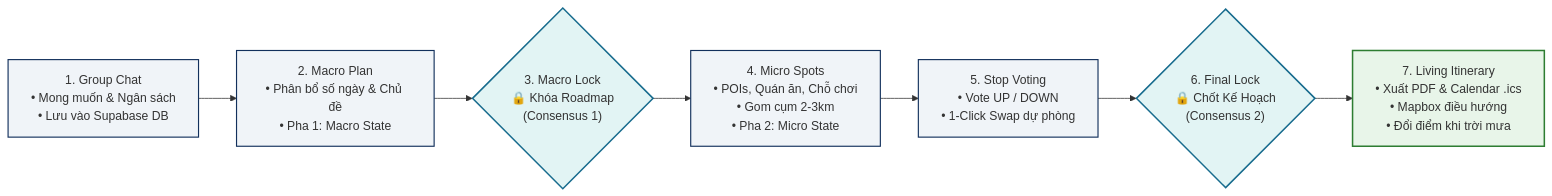
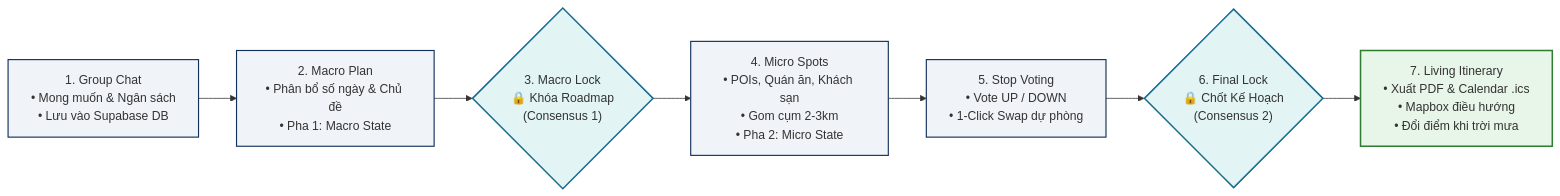
The first of 2 diagrams in docs/00-overview/project-overview.md (b4ck12/Group_Project), drawn with Mermaid before and after one commit. The commit also changed other lines of this file and 11 other files, not shown here.

````diff
--- a/docs/00-overview/project-overview.md
+++ b/docs/00-overview/project-overview.md
@@ -33,17 +33,17 @@
 ```mermaid
 flowchart LR
     S1["1. Group Chat<br/>• Mong muốn & Ngân sách<br/>• Lưu vào Supabase DB"] --> S2["2. Macro Plan<br/>• Phân bổ số ngày & Chủ đề<br/>• Pha 1: Macro State"]
     S2 --> S3{"3. Macro Lock<br/>🔒 Khóa Roadmap<br/>(Consensus 1)"}
-    S3 --> S4["4. Micro Spots<br/>• POIs, Quán ăn, Chỗ chơi<br/>• Gom cụm 2-3km<br/>• Pha 2: Micro State"]
+    S3 --> S4["4. Micro Spots<br/>• POIs, Quán ăn, Khách sạn<br/>• Gom cụm 2-3km<br/>• Pha 2: Micro State"]
     S4 --> S5["5. Stop Voting<br/>• Vote UP / DOWN<br/>• 1-Click Swap dự phòng"]
     S5 --> S6{"6. Final Lock<br/>🔒 Chốt Kế Hoạch<br/>(Consensus 2)"}
     S6 --> S7["7. Living Itinerary<br/>• Xuất PDF & Calendar .ics<br/>• Mapbox điều hướng<br/>• Đổi điểm khi trời mưa"]
 
     style S1 fill:#f0f4f8,stroke:#12305c,stroke-width:1.5px;
     style S2 fill:#f0f4f8,stroke:#12305c,stroke-width:1.5px;
     style S3 fill:#e2f4f4,stroke:#186c8e,stroke-width:2px;
     style S4 fill:#f0f4f8,stroke:#12305c,stroke-width:1.5px;
     style S5 fill:#f0f4f8,stroke:#12305c,stroke-width:1.5px;
     style S6 fill:#e2f4f4,stroke:#186c8e,stroke-width:2px;
     style S7 fill:#e8f5e9,stroke:#2e7d32,stroke-width:2px;
 ```
````
